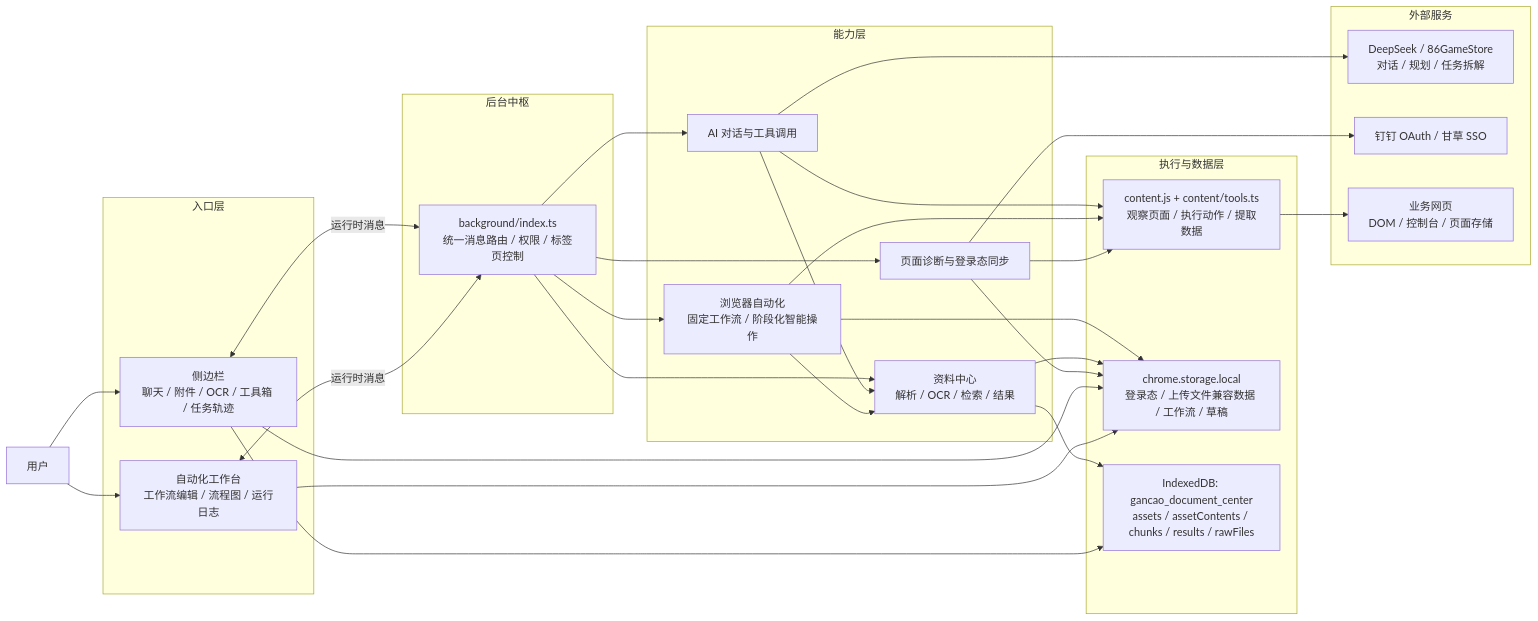
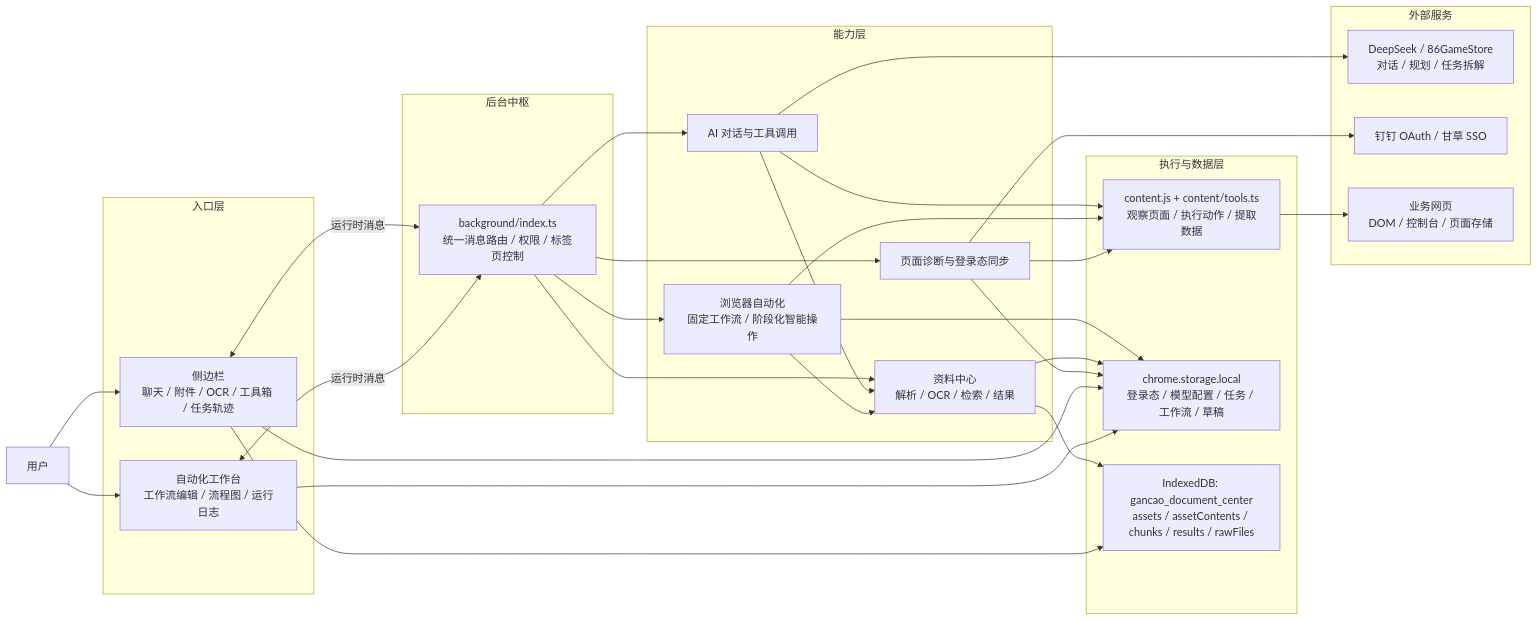
Before and after one commit to Clearlovesixteen/gancao-colipot: the first of 6 diagrams in docs/architecture.md, drawn with Mermaid. The commit also changed other lines of this file and 118 other files, not shown here.

````diff
--- a/docs/architecture.md
+++ b/docs/architecture.md
@@ -41,63 +43,63 @@
 ```mermaid
 flowchart LR
   User["用户"]
 
   subgraph Entry["入口层"]
     SidePanel["侧边栏<br/>聊天 / 附件 / OCR / 工具箱 / 任务轨迹"]
     Dashboard["自动化工作台<br/>工作流编辑 / 流程图 / 运行日志"]
   end
 
   subgraph Hub["后台中枢"]
     Background["background/index.ts<br/>统一消息路由 / 权限 / 标签页控制"]
   end
 
   subgraph Capability["能力层"]
     ChatAI["AI 对话与工具调用"]
     BrowserAuto["浏览器自动化<br/>固定工作流 / 阶段化智能操作"]
     DocCenter["资料中心<br/>解析 / OCR / 检索 / 结果"]
     Diagnostics["页面诊断与登录态同步"]
   end
 
   subgraph RuntimeData["执行与数据层"]
     Content["content.js + content/tools.ts<br/>观察页面 / 执行动作 / 提取数据"]
-    ChromeStorage["chrome.storage.local<br/>登录态 / 上传文件兼容数据 / 工作流 / 草稿"]
+    ChromeStorage["chrome.storage.local<br/>登录态 / 模型配置 / 任务 / 工作流 / 草稿"]
     IndexedDB["IndexedDB: gancao_document_center<br/>assets / assetContents / chunks / results / rawFiles"]
   end
 
   subgraph External["外部服务"]
     LLM["DeepSeek / 86GameStore<br/>对话 / 规划 / 任务拆解"]
     DingTalk["钉钉 OAuth / 甘草 SSO"]
     WebPage["业务网页<br/>DOM / 控制台 / 页面存储"]
   end
 
   User --> SidePanel
   User --> Dashboard
 
   SidePanel <-->|"运行时消息"| Background
   Dashboard <-->|"运行时消息"| Background
 
   Background --> ChatAI
   Background --> BrowserAuto
   Background --> DocCenter
   Background --> Diagnostics
 
   ChatAI --> LLM
   ChatAI --> DocCenter
   ChatAI --> Content
 
   BrowserAuto --> Content
   BrowserAuto --> DocCenter
   BrowserAuto --> ChromeStorage
 
   DocCenter --> IndexedDB
   DocCenter --> ChromeStorage
 
   Diagnostics --> Content
   Diagnostics --> ChromeStorage
   Diagnostics --> DingTalk
 
   Content --> WebPage
   SidePanel --> ChromeStorage
   Dashboard --> ChromeStorage
   SidePanel --> IndexedDB
 ```
````
